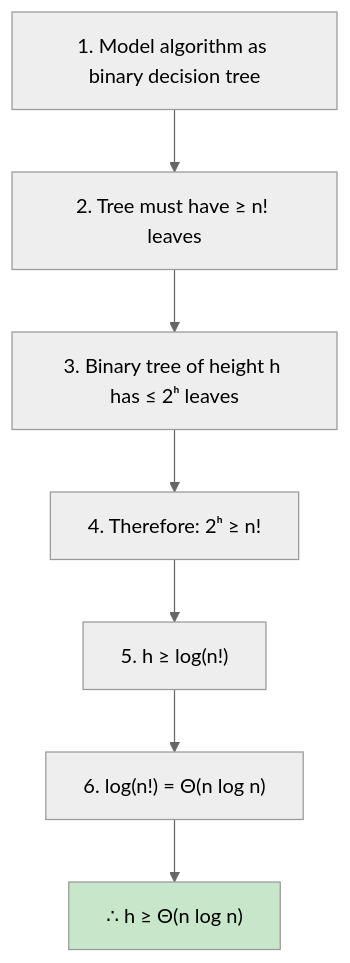
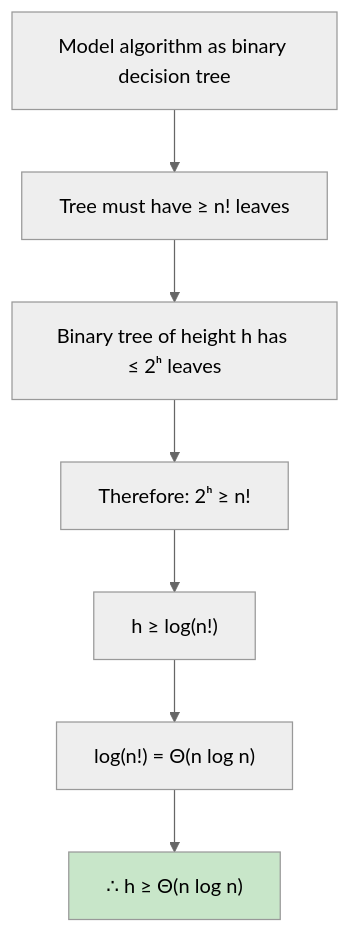
The third of 5 diagrams in content/CS3230/L4.md (Nathan0820/vault), drawn with Mermaid (neutral theme) before and after one commit. The commit also changed 2 other files, not shown here.

Commit message:
Quartz sync: Apr 23, 2026, 5:30 PM

````diff
--- a/content/CS3230/L4.md
+++ b/content/CS3230/L4.md
@@ -117,14 +117,14 @@
 ```mermaid
 flowchart TD
-    A["1. Model algorithm as binary decision tree"]
-    B["2. Tree must have ≥ n! leaves"]
-    C["3. Binary tree of height h has ≤ 2ʰ leaves"]
-    D["4. Therefore: 2ʰ ≥ n!"]
-    E["5. h ≥ log(n!)"]
-    F["6. log(n!) = Θ(n log n)"]
+    A["Model algorithm as binary decision tree"]
+    B["Tree must have ≥ n! leaves"]
+    C["Binary tree of height h has ≤ 2ʰ leaves"]
+    D["Therefore: 2ʰ ≥ n!"]
+    E["h ≥ log(n!)"]
+    F["log(n!) = Θ(n log n)"]
     G["∴ h ≥ Θ(n log n)"]
 
     A --> B --> C --> D --> E --> F --> G
 
     style G fill:#c8e6c9
 ```
````
